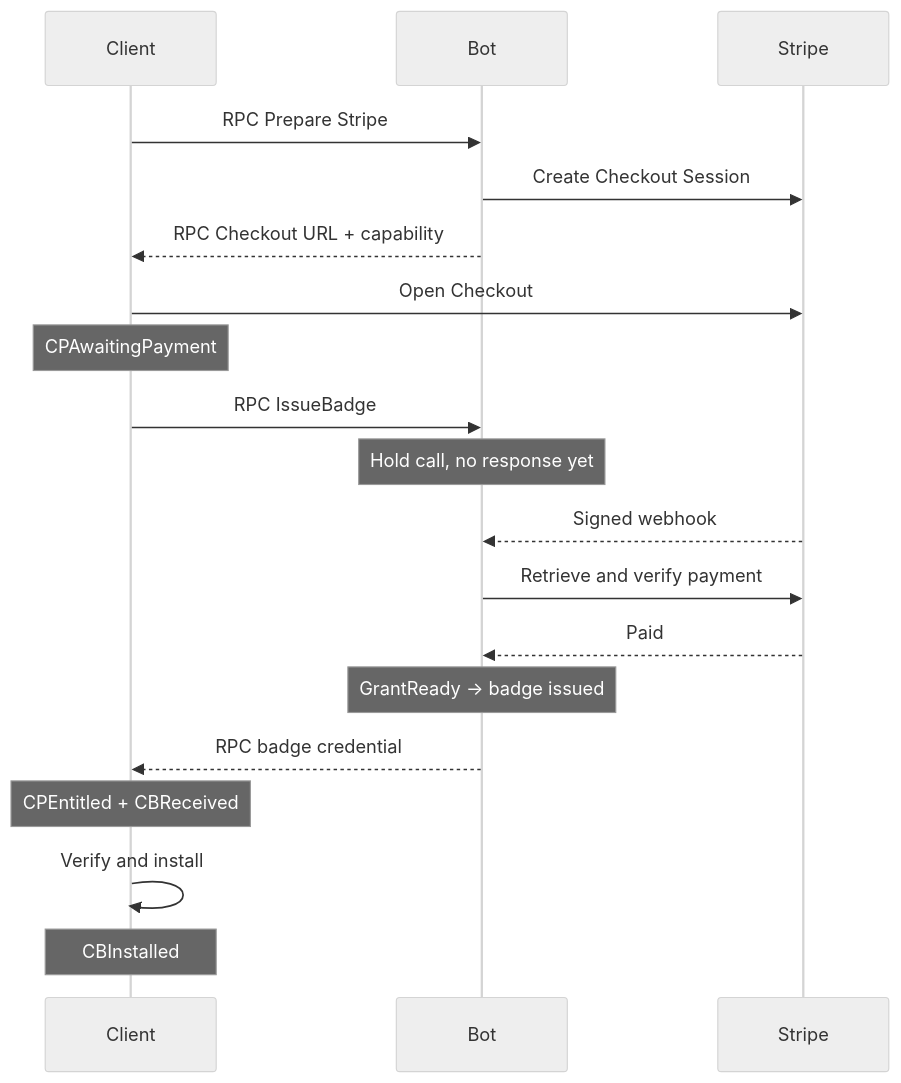
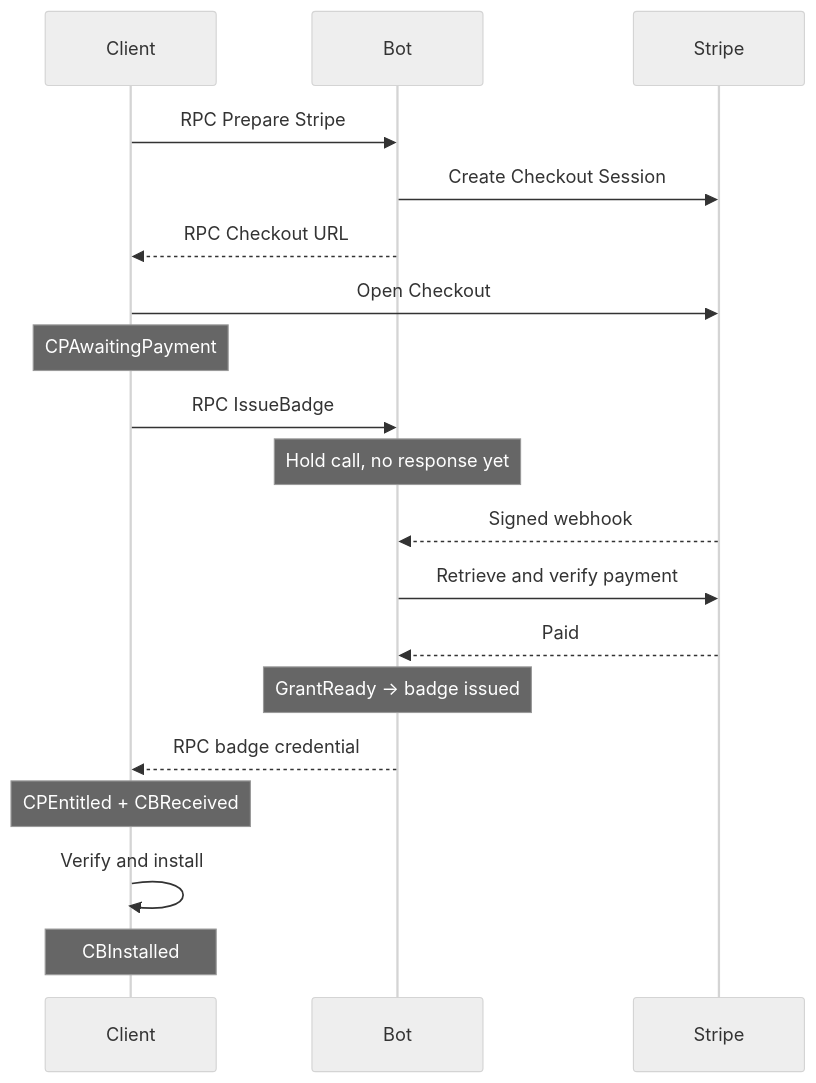
The seventh of 12 diagrams in plans/2026-07-20-supporter-badges-v2-product.md (simplex-chat/simplex-chat), drawn with Mermaid (neutral theme) before and after one commit. The commit also changed other lines of this file and 4 other files, not shown here.

````diff
--- a/plans/2026-07-20-supporter-badges-v2-product.md
+++ b/plans/2026-07-20-supporter-badges-v2-product.md
@@ -206,21 +206,21 @@
 ```mermaid
 sequenceDiagram
   participant C as Client
   participant B as Bot
   participant S as Stripe
   C->>B: RPC Prepare Stripe
   B->>S: Create Checkout Session
-  B-->>C: RPC Checkout URL + capability
+  B-->>C: RPC Checkout URL
   C->>S: Open Checkout
   Note over C: CPAwaitingPayment
   C->>B: RPC IssueBadge
   Note over B: Hold call, no response yet
   S-->>B: Signed webhook
   B->>S: Retrieve and verify payment
   S-->>B: Paid
   Note over B: GrantReady → badge issued
   B-->>C: RPC badge credential
   Note over C: CPEntitled + CBReceived
   C->>C: Verify and install
   Note over C: CBInstalled
 ```
````
